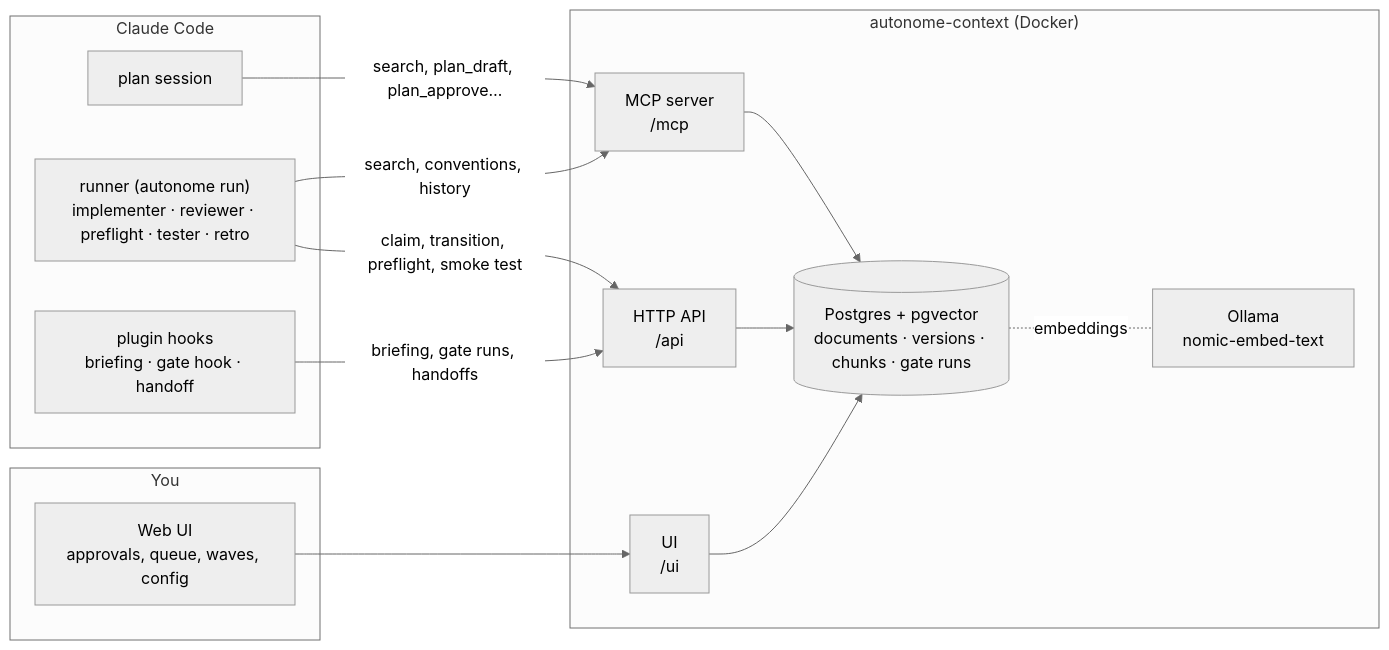
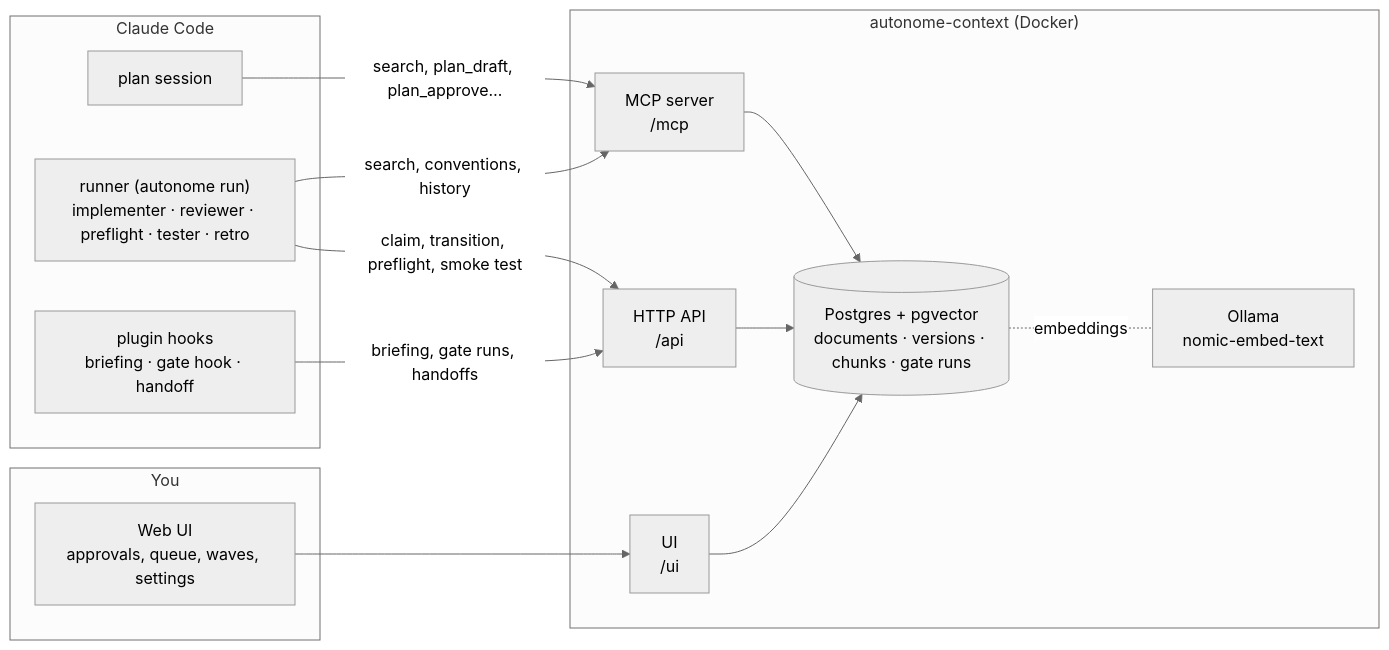
One commit to ddmfuhrmann/autonome changed the first of 6 diagrams in docs/memory.md. Above: the diagram before and after it, drawn with Mermaid (neutral theme). The commit also changed 3 other files, not shown here.

First line of the commit message:
docs(ui): Settings replaces the Config page

````diff
--- a/docs/memory.md
+++ b/docs/memory.md
@@ -9,25 +9,25 @@
 ```mermaid
 flowchart LR
   subgraph you["You"]
-    ui["Web UI<br/>approvals, queue, waves, config"]
+    ui["Web UI<br/>approvals, queue, waves, settings"]
   end
   subgraph claude["Claude Code"]
     plan["plan session"]
     hooks["plugin hooks<br/>briefing · gate hook · handoff"]
     runner["runner (autonome run)<br/>implementer · reviewer · preflight · tester · retro"]
   end
   subgraph context["autonome-context (Docker)"]
     mcp["MCP server<br/>/mcp"]
     api["HTTP API<br/>/api"]
     web["UI<br/>/ui"]
     db[("Postgres + pgvector<br/>documents · versions · chunks · gate runs")]
     ollama["Ollama<br/>nomic-embed-text"]
   end
   plan -- "search, plan_draft, plan_approve…" --> mcp
   runner -- "claim, transition, preflight, smoke test" --> api
   runner -- "search, conventions, history" --> mcp
   hooks -- "briefing, gate runs, handoffs" --> api
   ui --> web
   mcp & api & web --> db
   db -. "embeddings" .- ollama
 ```
````
